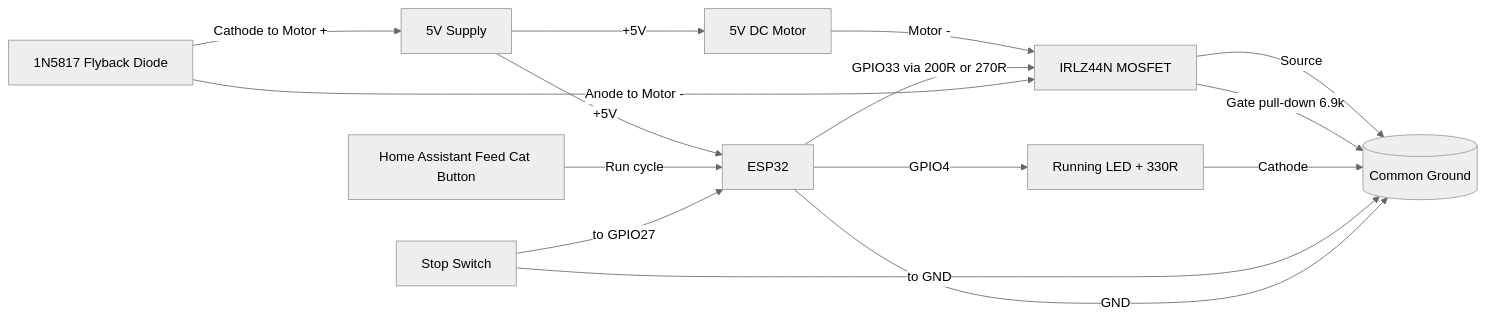
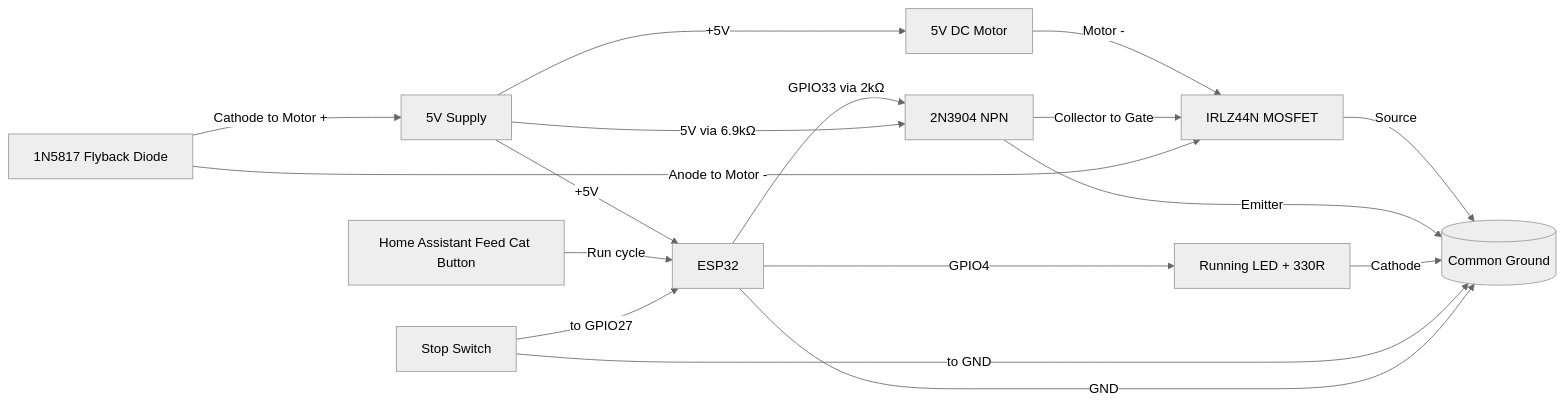
Before and after one commit to ErikApption/nrf24stuff: the diagram in esphome/cat-feeder.md, drawn with Mermaid (neutral theme). The commit also changed other lines of this file and 1 other file, not shown here.

````diff
--- a/esphome/cat-feeder.md
+++ b/esphome/cat-feeder.md
@@ -171,29 +239,32 @@
 ```mermaid
 flowchart LR
 		PSU[5V Supply]
 		M[5V DC Motor]
 		D[1N5817 Flyback Diode]
 		Q[IRLZ44N MOSFET]
 		ESP[ESP32]
 		HA[Home Assistant Feed Cat Button]
 		SW[Stop Switch]
 		LED[Running LED + 330R]
 		GND[(Common Ground)]
 
 		PSU -->|+5V| M
 		PSU -->|+5V| ESP
 		M -->|Motor -| Q
 		Q -->|Source| GND
-		ESP -->|GPIO33 via 200R or 270R| Q
-		Q -->|Gate pull-down 6.9k| GND
+		NPN[2N3904 NPN]
+		ESP -->|GPIO33 via 2kΩ| NPN
+		NPN -->|Emitter| GND
+		PSU -->|5V via 6.9kΩ| NPN
+		NPN -->|Collector to Gate| Q
 		ESP -->|GPIO4| LED
 		LED -->|Cathode| GND
 
 		HA -->|Run cycle| ESP
 		SW -->|to GPIO27| ESP
 		SW -->|to GND| GND
 		ESP -->|GND| GND
 
 		D -->|Cathode to Motor +| PSU
 		D -->|Anode to Motor -| Q
 ```
````
